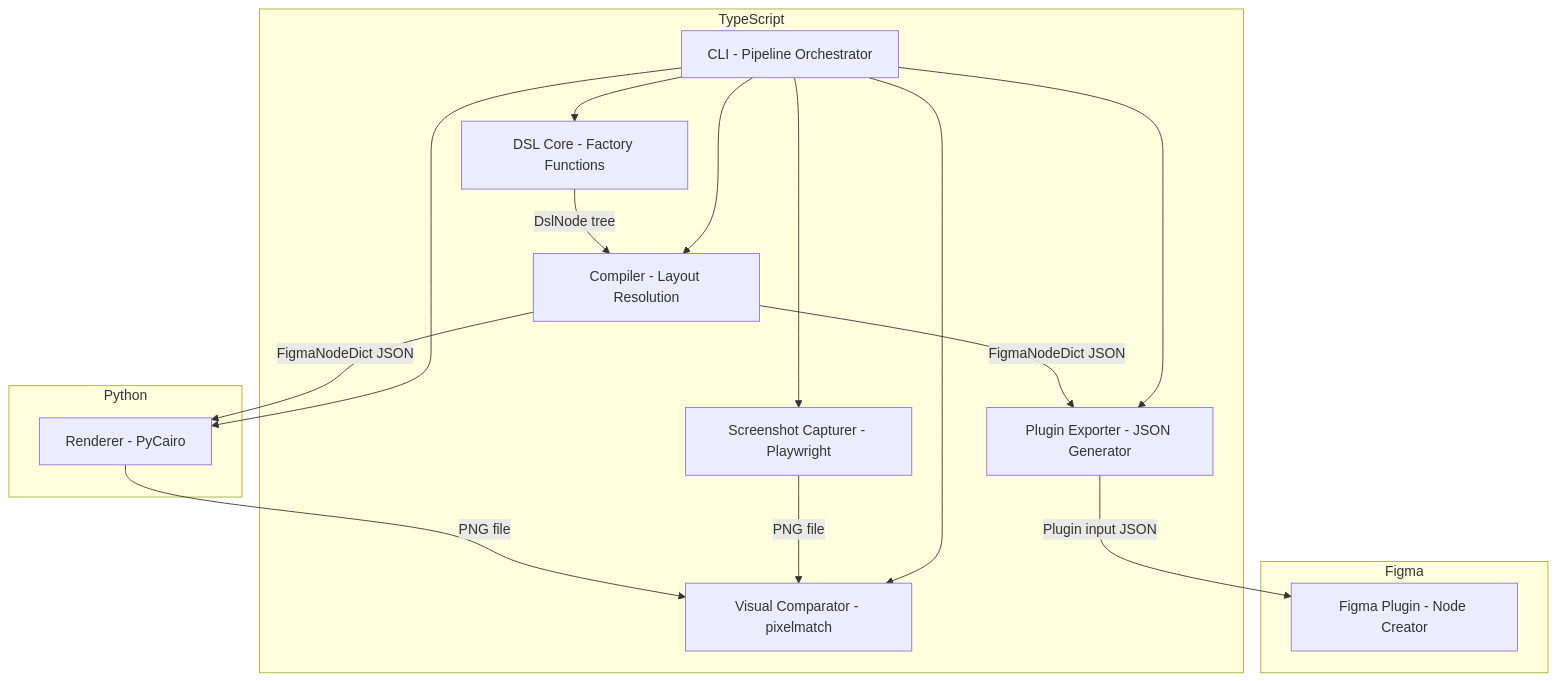
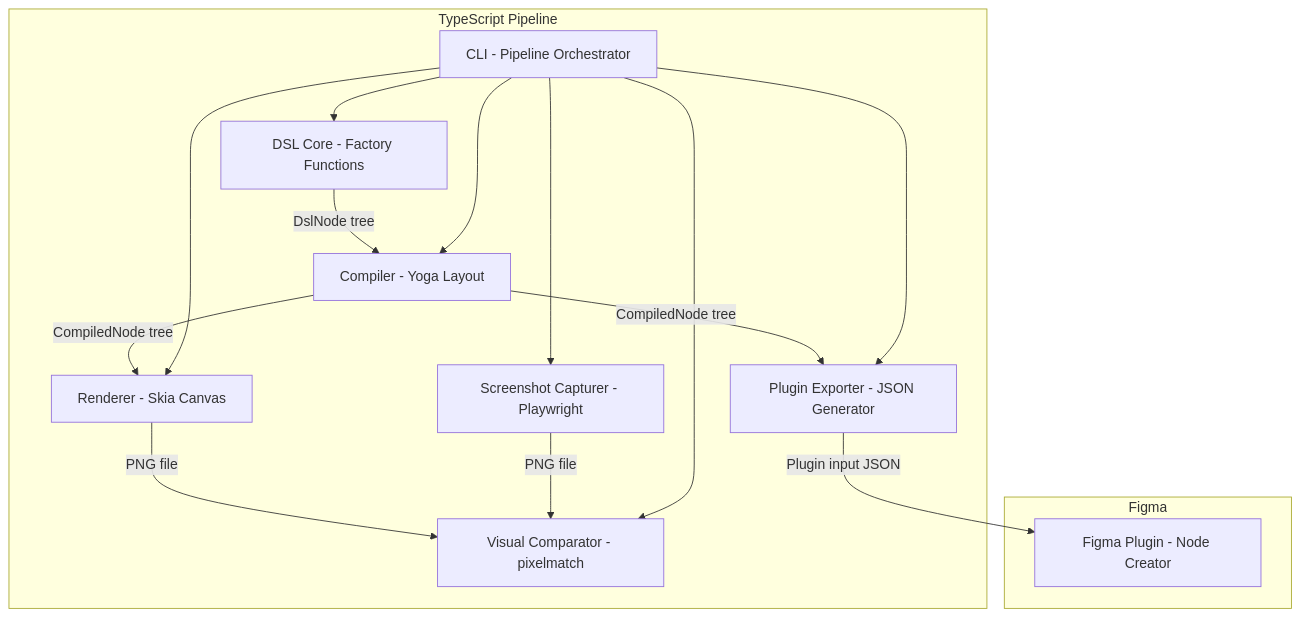
One commit to TETRA2000/figma-component-dsl changed the first of 4 diagrams in .kiro/specs/figma-component-dsl/design.md. Above: the diagram before and after it, drawn with Mermaid. The commit also changed other lines of this file and 2 other files, not shown here.

First line of the commit message:
Redesign architecture: all-TypeScript pipeline based on landscape research

````diff
--- a/.kiro/specs/figma-component-dsl/design.md
+++ b/.kiro/specs/figma-component-dsl/design.md
@@ -33,32 +35,29 @@
 ```mermaid
 graph TB
-    subgraph TypeScript
+    subgraph TypeScript Pipeline
         DSL[DSL Core - Factory Functions]
-        Compiler[Compiler - Layout Resolution]
+        Compiler[Compiler - Yoga Layout]
+        Renderer[Renderer - Skia Canvas]
         Capturer[Screenshot Capturer - Playwright]
         Comparator[Visual Comparator - pixelmatch]
         Exporter[Plugin Exporter - JSON Generator]
         CLI[CLI - Pipeline Orchestrator]
-    end
-
-    subgraph Python
-        Renderer[Renderer - PyCairo]
     end
 
     subgraph Figma
         Plugin[Figma Plugin - Node Creator]
     end
 
     DSL -->|DslNode tree| Compiler
-    Compiler -->|FigmaNodeDict JSON| Renderer
-    Compiler -->|FigmaNodeDict JSON| Exporter
+    Compiler -->|CompiledNode tree| Renderer
+    Compiler -->|CompiledNode tree| Exporter
     Renderer -->|PNG file| Comparator
     Capturer -->|PNG file| Comparator
     Exporter -->|Plugin input JSON| Plugin
     CLI --> DSL
     CLI --> Compiler
     CLI --> Renderer
     CLI --> Capturer
     CLI --> Comparator
     CLI --> Exporter
 ```
````
